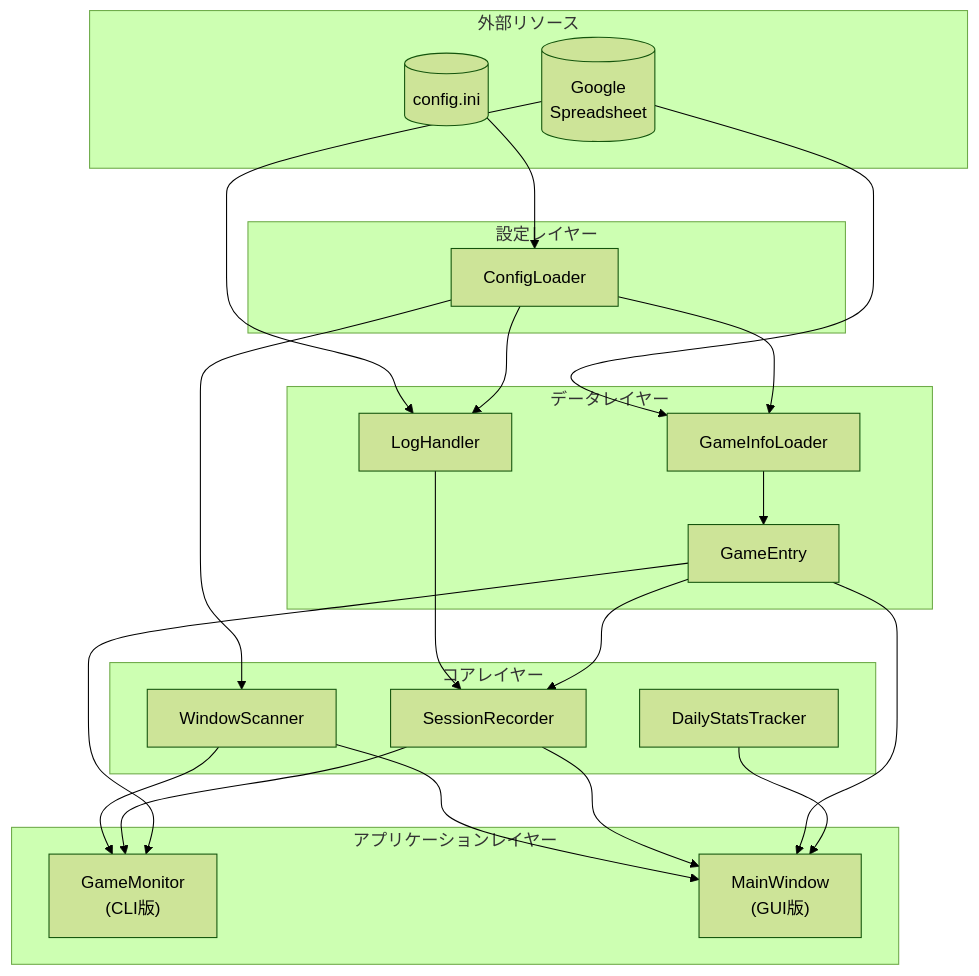
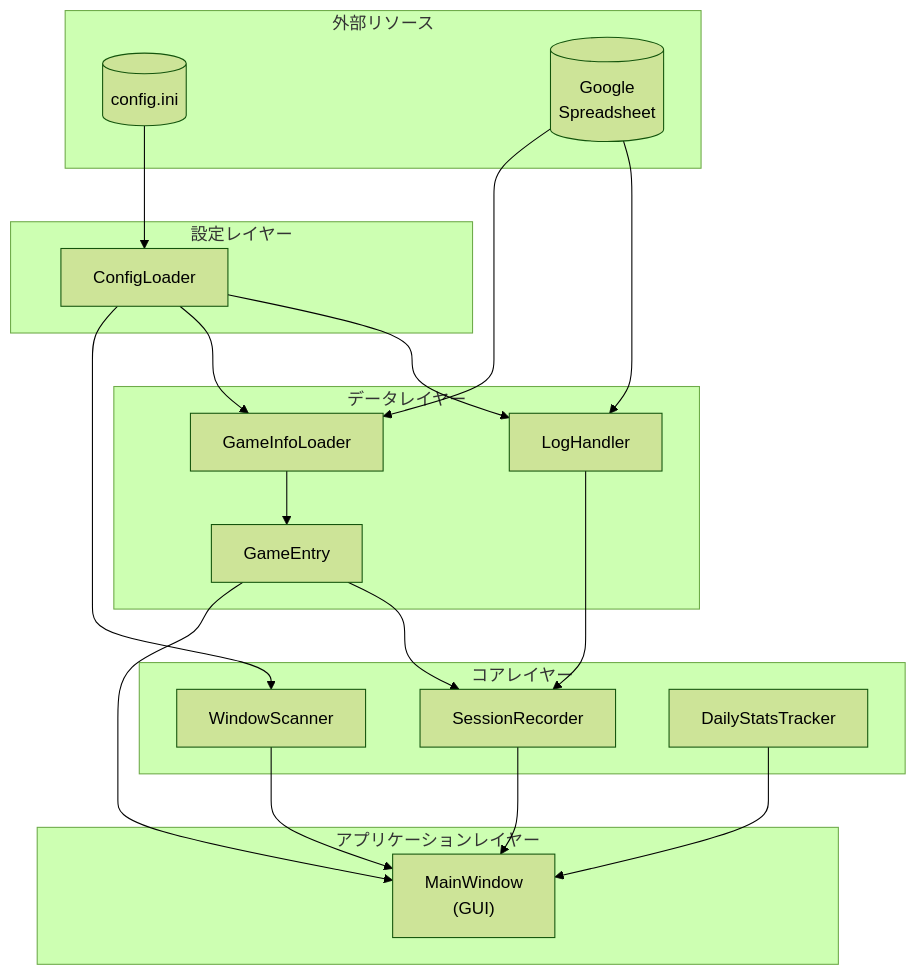
One commit to ynanigashi/game_time_tracker changed the second of 3 diagrams in SPEC.md. Above: the diagram before and after it, drawn with Mermaid (forest theme). The commit also changed other lines of this file and 4 other files, not shown here.

````diff
--- a/SPEC.md
+++ b/SPEC.md
@@ -119,49 +118,44 @@
 ```mermaid
 flowchart TB
     subgraph External["外部リソース"]
         ConfigFile[("config.ini")]
         Spreadsheet[("Google\nSpreadsheet")]
     end
 
     subgraph ConfigLayer["設定レイヤー"]
         ConfigLoader
     end
 
     subgraph DataLayer["データレイヤー"]
         LogHandler
         GameInfoLoader
         GameEntry
     end
 
     subgraph CoreLayer["コアレイヤー"]
         WindowScanner
         SessionRecorder
         DailyStatsTracker
     end
 
     subgraph AppLayer["アプリケーションレイヤー"]
-        GameMonitor["GameMonitor\n(CLI版)"]
-        MainWindow["MainWindow\n(GUI版)"]
+        MainWindow["MainWindow\n(GUI)"]
     end
 
     ConfigFile --> ConfigLoader
     Spreadsheet --> LogHandler
     Spreadsheet --> GameInfoLoader
 
     ConfigLoader --> LogHandler
     ConfigLoader --> GameInfoLoader
     ConfigLoader --> WindowScanner
 
     GameInfoLoader --> GameEntry
     LogHandler --> SessionRecorder
     GameEntry --> SessionRecorder
 
-    WindowScanner --> GameMonitor
-    SessionRecorder --> GameMonitor
-    GameEntry --> GameMonitor
-
     WindowScanner --> MainWindow
     SessionRecorder --> MainWindow
     GameEntry --> MainWindow
     DailyStatsTracker --> MainWindow
 ```
````
